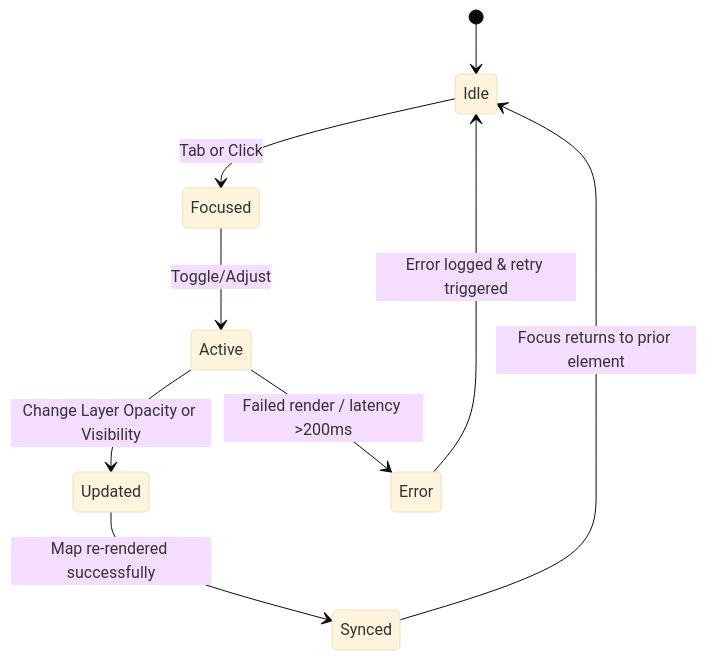
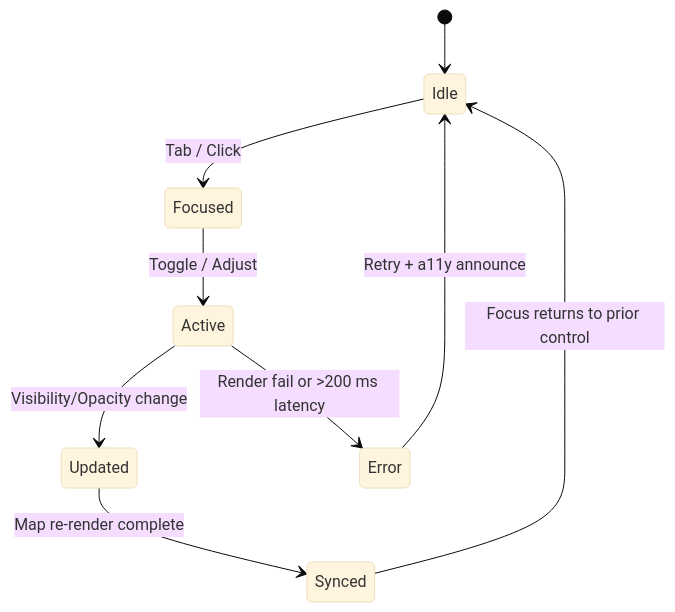
The second of 2 diagrams in docs/design/reviews/ui_components/map_controls.md (bartytime4life/Kansas-Frontier-Matrix), drawn with Mermaid (base theme) before and after one commit. The commit also changed other lines of this file, not shown here.

First line of the commit message:
Revise Map Controls Component Design Review for Tier-S⁺

````diff
--- a/docs/design/reviews/ui_components/map_controls.md
+++ b/docs/design/reviews/ui_components/map_controls.md
@@ -134,11 +173,11 @@
 ```mermaid
 stateDiagram-v2
   [*] --> Idle
-  Idle --> Focused : Tab or Click
-  Focused --> Active : Toggle/Adjust
-  Active --> Updated : Change Layer Opacity or Visibility
-  Updated --> Synced : Map re-rendered successfully
-  Synced --> Idle : Focus returns to prior element
-  Active --> Error : Failed render / latency >200ms
-  Error --> Idle : Error logged & retry triggered
+  Idle --> Focused : Tab / Click
+  Focused --> Active : Toggle / Adjust
+  Active --> Updated : Visibility/Opacity change
+  Updated --> Synced : Map re-render complete
+  Synced --> Idle : Focus returns to prior control
+  Active --> Error : Render fail or >200 ms latency
+  Error --> Idle : Retry + a11y announce
 ```
````
